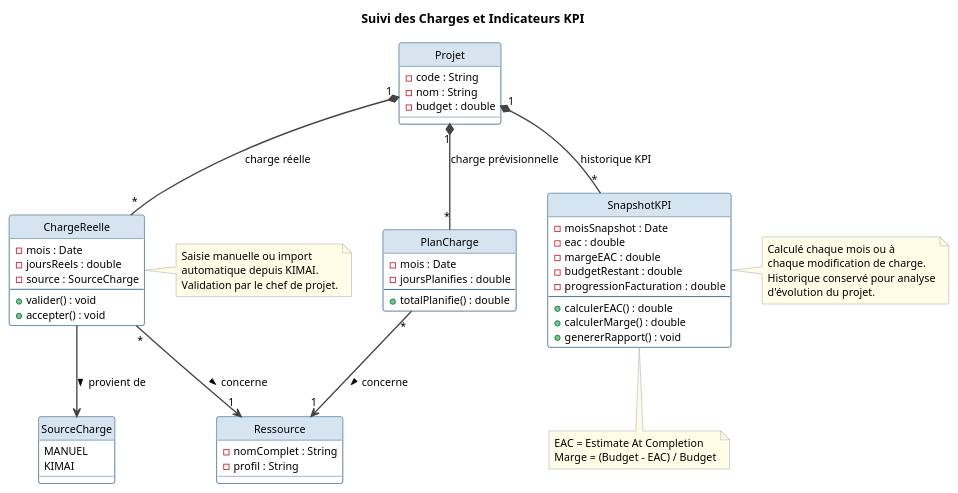
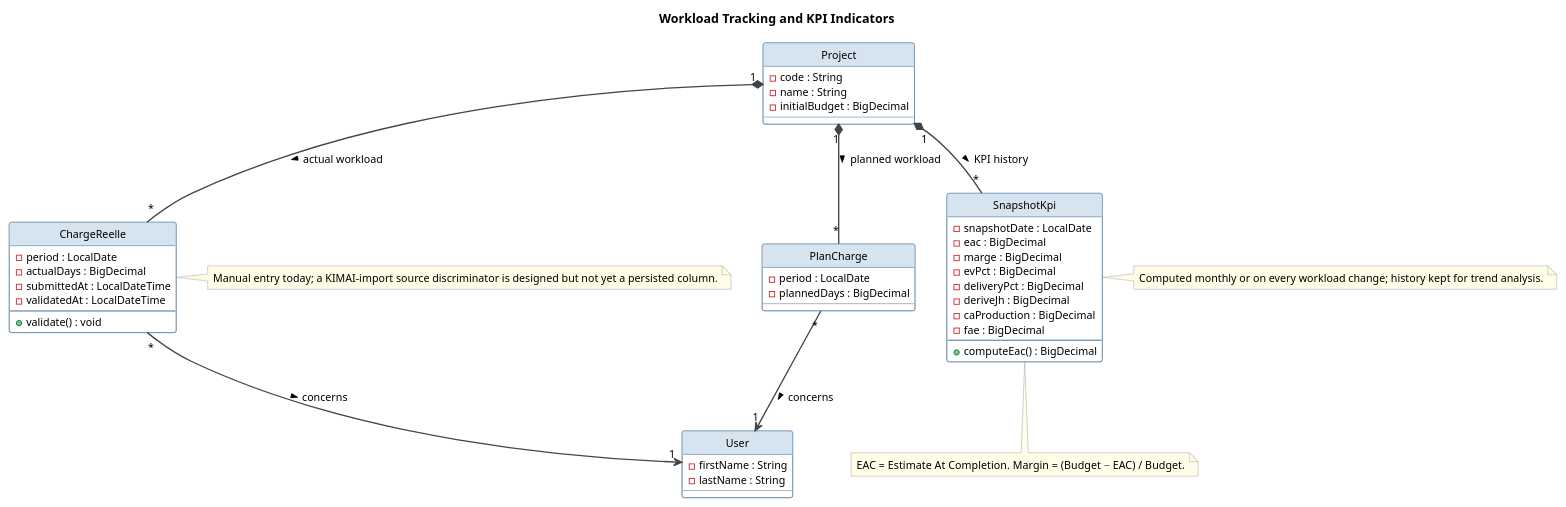
One commit to mazenrakrouki/tekup-pms-platform changed the diagram in docs/uml/engineering/05-kpi-reporting.puml. Above: the diagram before and after it, drawn with PlantUML. The commit also changed 72 other files, not shown here.

```diff
--- a/docs/uml/engineering/05-kpi-reporting.puml
+++ b/docs/uml/engineering/05-kpi-reporting.puml
@@ -1,90 +1,77 @@
 @startuml kpi_reporting
-title Suivi des Charges et Indicateurs KPI
+title Workload Tracking and KPI Indicators
 
 top to bottom direction
 
 skinparam shadowing false
 skinparam classBackgroundColor #FFFFFF
 skinparam classBorderColor #2C5F8A
 skinparam classHeaderBackgroundColor #D6E4F0
 skinparam packageBackgroundColor #EAF2FF
 skinparam packageBorderColor #1F4E79
 skinparam packageFontColor #1F4E79
 skinparam defaultFontName Helvetica
 skinparam defaultFontSize 12
 skinparam ArrowColor #444444
 skinparam ArrowThickness 1.5
 skinparam noteBorderColor #999999
 skinparam noteBackgroundColor #FFFDE7
 hide circle
 
-enum SourceCharge {
-  MANUEL
-  KIMAI
+class Project {
+  - code : String
+  - name : String
+  - initialBudget : BigDecimal
 }
 
-class Projet {
-  - code : String
-  - nom : String
-  - budget : double
-}
-
-class Ressource {
-  - nomComplet : String
-  - profil : String
+class User {
+  - firstName : String
+  - lastName : String
 }
 
 class PlanCharge {
-  - mois : Date
-  - joursPlanifies : double
-  --
-  + totalPlanifie() : double
+  - period : LocalDate
+  - plannedDays : BigDecimal
 }
 
 class ChargeReelle {
-  - mois : Date
-  - joursReels : double
-  - source : SourceCharge
+  - period : LocalDate
+  - actualDays : BigDecimal
+  - submittedAt : LocalDateTime
+  - validatedAt : LocalDateTime
   --
-  + valider() : void
-  + accepter() : void
+  + validate() : void
 }
 
-class SnapshotKPI {
-  - moisSnapshot : Date
-  - eac : double
-  - margeEAC : double
-  - budgetRestant : double
-  - progressionFacturation : double
+class SnapshotKpi {
+  - snapshotDate : LocalDate
+  - eac : BigDecimal
+  - marge : BigDecimal
+  - evPct : BigDecimal
+  - deliveryPct : BigDecimal
+  - deriveJh : BigDecimal
+  - caProduction : BigDecimal
+  - fae : BigDecimal
   --
-  + calculerEAC() : double
-  + calculerMarge() : double
-  + genererRapport() : void
+  + computeEac() : BigDecimal
 }
 
-Projet "1" *-- "*" PlanCharge    : charge prévisionnelle
-PlanCharge "*" --> "1" Ressource : concerne >
-Projet "1" *-- "*" ChargeReelle  : charge réelle
-ChargeReelle "*" --> "1" Ressource : concerne >
-Projet "1" *-- "*" SnapshotKPI   : historique KPI
-ChargeReelle --> SourceCharge    : provient de >
+Project "1" *-- "*" PlanCharge    : planned workload >
+PlanCharge "*" --> "1" User       : concerns >
+Project "1" *-- "*" ChargeReelle  : actual workload >
+ChargeReelle "*" --> "1" User     : concerns >
+Project "1" *-- "*" SnapshotKpi   : KPI history >
 
 note right of ChargeReelle
-  Saisie manuelle ou import
-  automatique depuis KIMAI.
-  Validation par le chef de projet.
+  Manual entry today; a KIMAI-import source discriminator is designed but not yet a persisted column.
 end note
 
-note right of SnapshotKPI
-  Calculé chaque mois ou à
-  chaque modification de charge.
-  Historique conservé pour analyse
-  d'évolution du projet.
+note right of SnapshotKpi
+  Computed monthly or on every workload change; history kept for trend analysis.
 end note
 
-note bottom of SnapshotKPI
-  EAC = Estimate At Completion
-  Marge = (Budget - EAC) / Budget
+note bottom of SnapshotKpi
+  EAC = Estimate At Completion. Margin = (Budget − EAC) / Budget.
 end note
 
 @enduml
```
